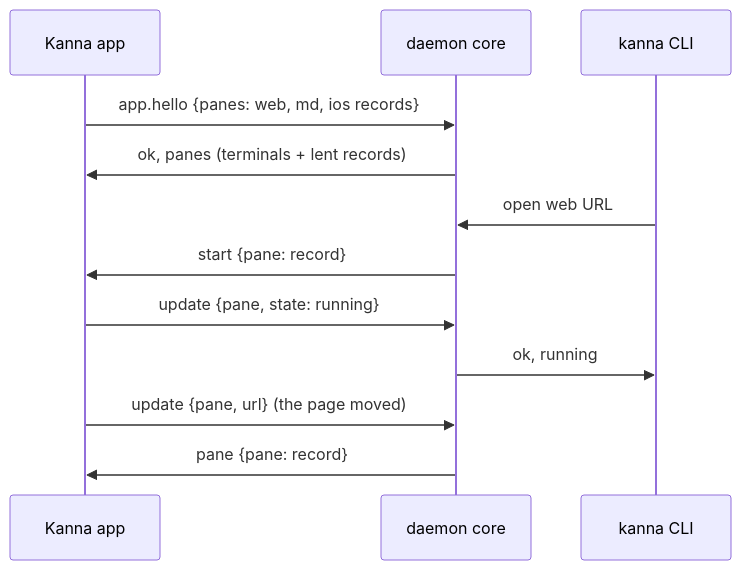
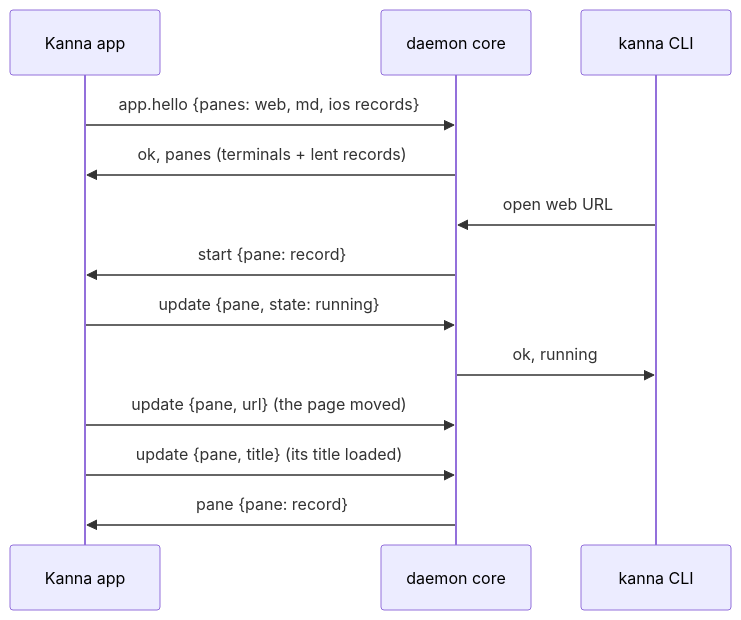
One commit to jemdiggity/kanna-v4 changed the diagram in docs/specs/app-panes.md. Above: the diagram before and after it, drawn with Mermaid. The commit also changed other lines of this file and 20 other files, not shown here.

````diff
--- a/docs/specs/app-panes.md
+++ b/docs/specs/app-panes.md
@@ -11,14 +11,15 @@
 ```mermaid
 sequenceDiagram
     participant A as Kanna app
     participant D as daemon core
     participant C as kanna CLI
     A->>D: app.hello {panes: web, md, ios records}
     D->>A: ok, panes (terminals + lent records)
     C->>D: open web URL
     D->>A: start {pane: record}
     A->>D: update {pane, state: running}
     D->>C: ok, running
     A->>D: update {pane, url} (the page moved)
+    A->>D: update {pane, title} (its title loaded)
     D->>A: pane {pane: record}
 ```
````
